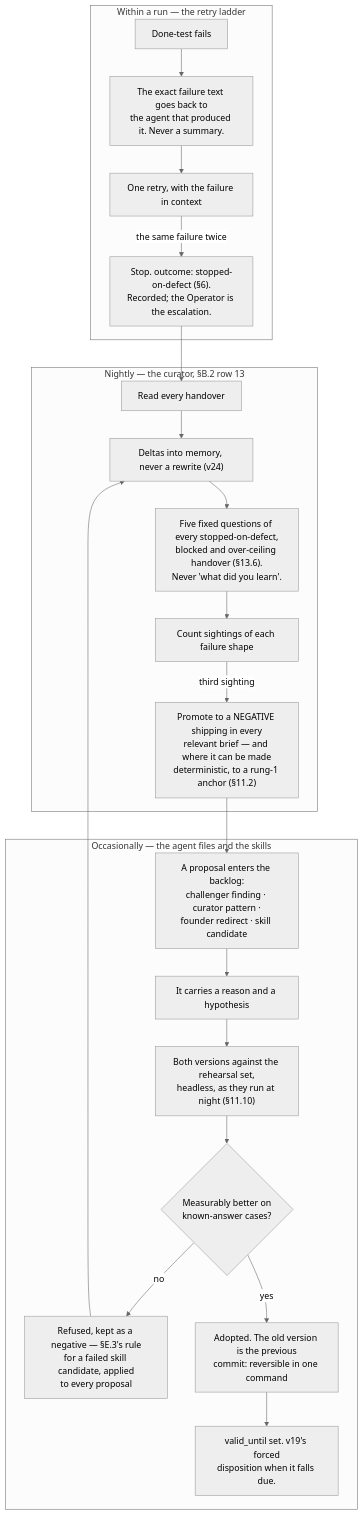
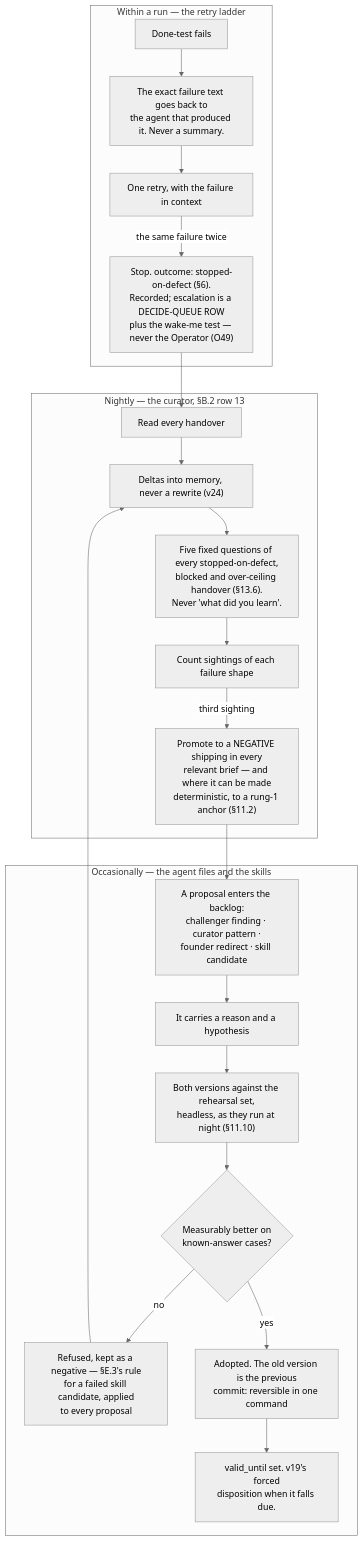
Before and after one commit to Adam077K/agentvibe: the diagram in docs/03-system-design/final-v2/parts/13a-self-improvement.md, drawn with Mermaid (neutral theme). The commit also changed other lines of this file and 8 other files, not shown here.

````diff
--- a/docs/03-system-design/final-v2/parts/13a-self-improvement.md
+++ b/docs/03-system-design/final-v2/parts/13a-self-improvement.md
@@ -18,25 +18,25 @@
 ```mermaid
 flowchart TB
     subgraph FAST["Within a run — the retry ladder"]
         F1["Done-test fails"] --> F2["The exact failure text goes back to<br/>the agent that produced it. Never a summary."]
         F2 --> F3["One retry, with the failure in context"]
-        F3 -->|"the same failure twice"| F4["Stop. outcome: stopped-on-defect (§6).<br/>Recorded; the Operator is the escalation."]
+        F3 -->|"the same failure twice"| F4["Stop. outcome: stopped-on-defect (§6).<br/>Recorded; escalation is a DECIDE-QUEUE ROW<br/>plus the wake-me test — never the Operator (O49)"]
     end
     subgraph NIGHT["Nightly — the curator, §B.2 row 13"]
         N1["Read every handover"] --> N2["Deltas into memory, never a rewrite (v24)"]
         N2 --> N3["Five fixed questions of every stopped-on-defect,<br/>blocked and over-ceiling handover (§13.6).<br/>Never 'what did you learn'."]
         N3 --> N4["Count sightings of each failure shape"]
         N4 -->|"third sighting"| N5["Promote to a NEGATIVE shipping in every<br/>relevant brief — and where it can be made<br/>deterministic, to a rung-1 anchor (§11.2)"]
     end
     subgraph SLOW["Occasionally — the agent files and the skills"]
         S1["A proposal enters the backlog:<br/>challenger finding · curator pattern ·<br/>founder redirect · skill candidate"] --> S2["It carries a reason and a hypothesis"]
         S2 --> S3["Both versions against the rehearsal set,<br/>headless, as they run at night (§11.10)"]
         S3 --> S4{"Measurably better on<br/>known-answer cases?"}
         S4 -->|"no"| S5["Refused, kept as a negative — §E.3's rule<br/>for a failed skill candidate, applied<br/>to every proposal"]
         S4 -->|"yes"| S6["Adopted. The old version is the previous<br/>commit: reversible in one command"]
         S6 --> S7["valid_until set. v19's forced<br/>disposition when it falls due."]
     end
     F4 --> N1
     N5 --> S1
     S5 --> N2
 ```
````
